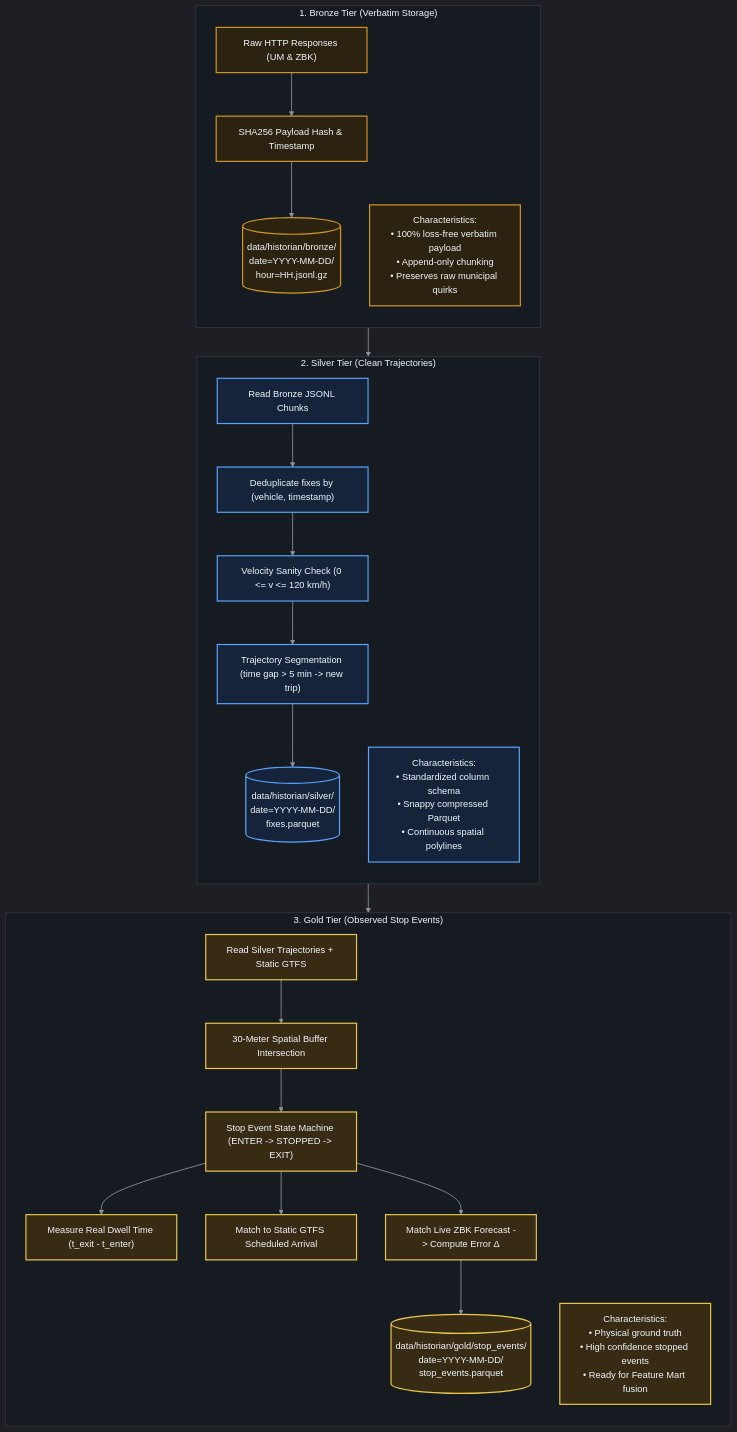
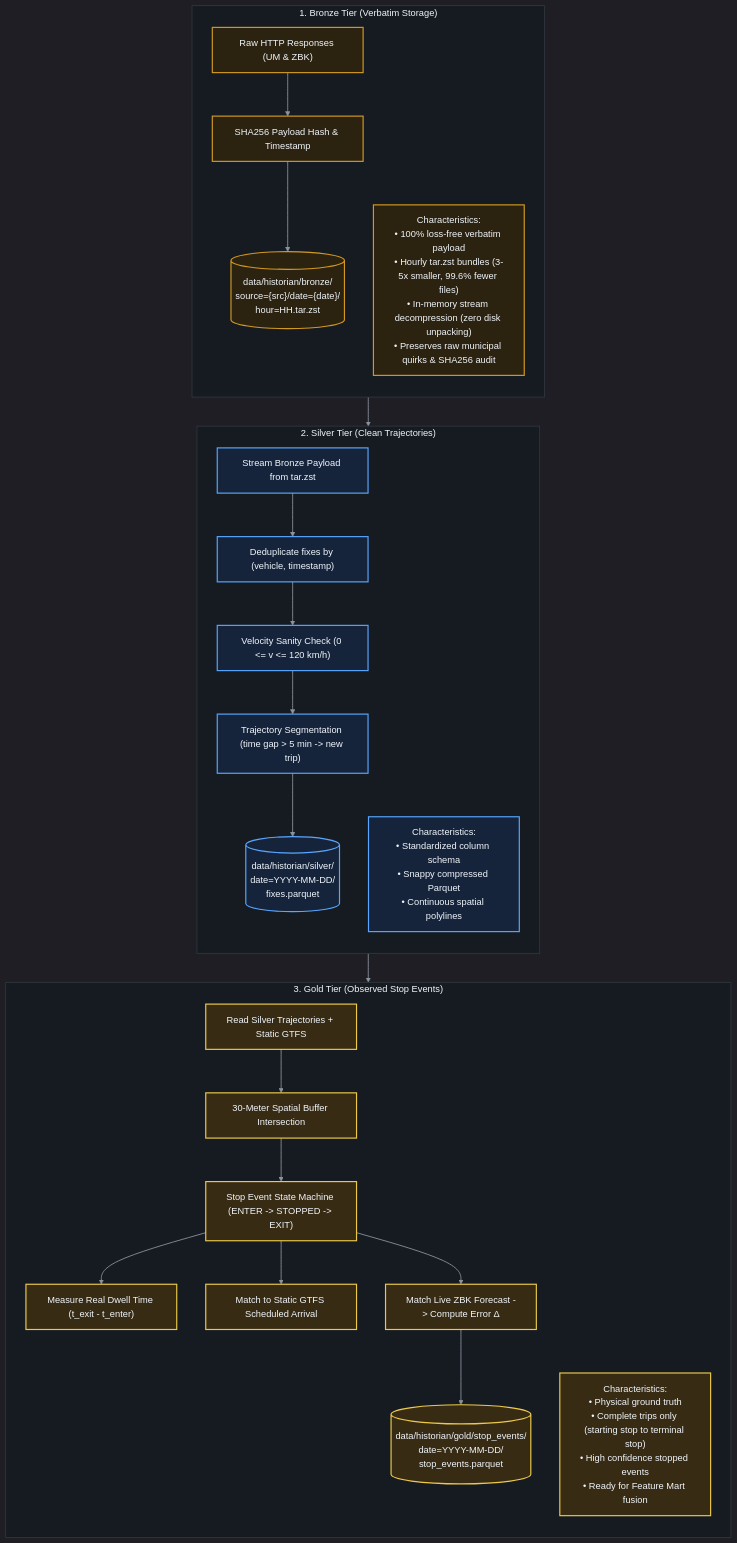
Before and after one commit to giangh14cqt/warsaw-public-transport-monitor: the first of 2 diagrams in architect/historian_pipeline/medallion_architecture.md, drawn with Mermaid. The commit also changed other lines of this file and 12 other files, not shown here.

Commit message:
feat(historian): bronze hourly zstd compaction and in-memory streaming reader

````diff
--- a/architect/historian_pipeline/medallion_architecture.md
+++ b/architect/historian_pipeline/medallion_architecture.md
@@ -9,65 +9,65 @@
 ```mermaid
 %%{init: {
   'theme': 'dark',
   'themeVariables': {
     'darkMode': true,
     'background': '#0d1117',
     'mainBkg': '#161b22',
     'primaryColor': '#1f2937',
     'primaryTextColor': '#f0f6fc',
     'primaryBorderColor': '#58a6ff',
     'lineColor': '#8b949e',
     'secondaryColor': '#161b22',
     'tertiaryColor': '#21262d',
     'clusterBkg': '#161b22',
     'clusterBorder': '#30363d',
     'edgeLabelBackground': '#161b22'
   }
 }}%%
 flowchart TD
     subgraph BronzeTier ["1. Bronze Tier (Verbatim Storage)"]
         direction TB
         B_In["Raw HTTP Responses (UM & ZBK)"] --> B_Hash["SHA256 Payload Hash & Timestamp"]
-        B_Hash --> B_Disk[("data/historian/bronze/<br/>date=YYYY-MM-DD/<br/>hour=HH.jsonl.gz")]
-        B_Note["Characteristics:<br/>• 100% loss-free verbatim payload<br/>• Append-only chunking<br/>• Preserves raw municipal quirks"]
+        B_Hash --> B_Disk[("data/historian/bronze/<br/>source={src}/date={date}/<br/>hour=HH.tar.zst")]
+        B_Note["Characteristics:<br/>• 100% loss-free verbatim payload<br/>• Hourly tar.zst bundles (3-5x smaller, 99.6% fewer files)<br/>• In-memory stream decompression (zero disk unpacking)<br/>• Preserves raw municipal quirks & SHA256 audit"]
     end
 
     subgraph SilverTier ["2. Silver Tier (Clean Trajectories)"]
         direction TB
-        S_Read["Read Bronze JSONL Chunks"] --> S_Dedup["Deduplicate fixes by (vehicle, timestamp)"]
+        S_Read["Stream Bronze Payload from tar.zst"] --> S_Dedup["Deduplicate fixes by (vehicle, timestamp)"]
         S_Dedup --> S_Filter["Velocity Sanity Check (0 <= v <= 120 km/h)"]
         S_Filter --> S_Segment["Trajectory Segmentation (time gap > 5 min -> new trip)"]
         S_Segment --> S_Disk[("data/historian/silver/<br/>date=YYYY-MM-DD/<br/>fixes.parquet")]
         S_Note["Characteristics:<br/>• Standardized column schema<br/>• Snappy compressed Parquet<br/>• Continuous spatial polylines"]
     end
 
     subgraph GoldTier ["3. Gold Tier (Observed Stop Events)"]
         direction TB
         G_Read["Read Silver Trajectories + Static GTFS"] --> G_Buffer["30-Meter Spatial Buffer Intersection"]
         G_Buffer --> G_State["Stop Event State Machine (ENTER -> STOPPED -> EXIT)"]
         G_State --> G_Dwell["Measure Real Dwell Time (t_exit - t_enter)"]
         G_State --> G_Sched["Match to Static GTFS Scheduled Arrival"]
         G_State --> G_Error["Match Live ZBK Forecast -> Compute Error Δ"]
         G_Error --> G_Disk[("data/historian/gold/stop_events/<br/>date=YYYY-MM-DD/<br/>stop_events.parquet")]
-        G_Note["Characteristics:<br/>• Physical ground truth<br/>• High confidence stopped events<br/>• Ready for Feature Mart fusion"]
+        G_Note["Characteristics:<br/>• Physical ground truth<br/>• Complete trips only (starting stop to terminal stop)<br/>• High confidence stopped events<br/>• Ready for Feature Mart fusion"]
     end
 
     B_Disk --> S_Read
     S_Disk --> G_Read
 
     %% Subgraph Styling
     style BronzeTier fill:#161b22,stroke:#30363d,stroke-width:1.5px,color:#f0f6fc
     style SilverTier fill:#161b22,stroke:#30363d,stroke-width:1.5px,color:#f0f6fc
     style GoldTier fill:#161b22,stroke:#30363d,stroke-width:1.5px,color:#f0f6fc
 
     %% High-Contrast Node Styling
     classDef bStyle fill:#2c2210,stroke:#d29922,stroke-width:2px,color:#f0f6fc;
     classDef sStyle fill:#16243b,stroke:#58a6ff,stroke-width:2px,color:#f0f6fc;
     classDef gStyle fill:#382b14,stroke:#ecc94b,stroke-width:2px,color:#f0f6fc;
 
     linkStyle default stroke:#8b949e,stroke-width:1.5px;
 
     class B_In,B_Hash,B_Disk,B_Note bStyle;
     class S_Read,S_Dedup,S_Filter,S_Segment,S_Disk,S_Note sStyle;
     class G_Read,G_Buffer,G_State,G_Dwell,G_Sched,G_Error,G_Disk,G_Note gStyle;
 ```
````
